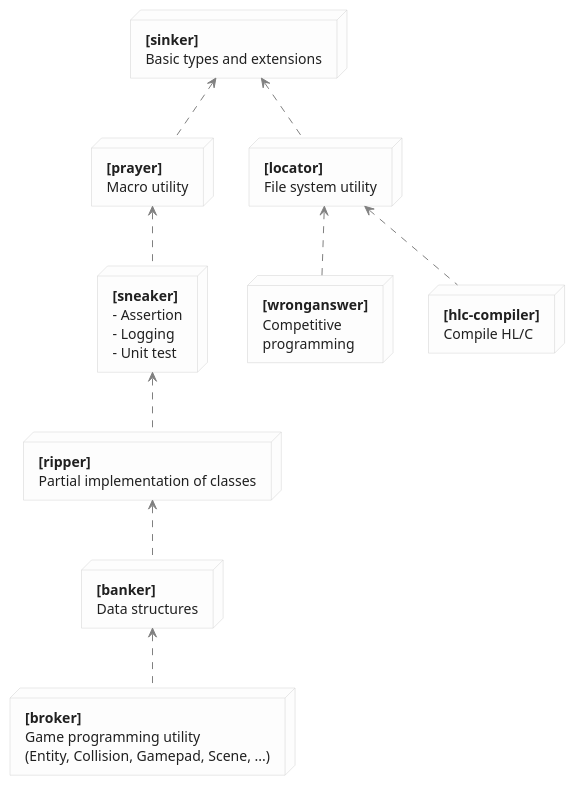
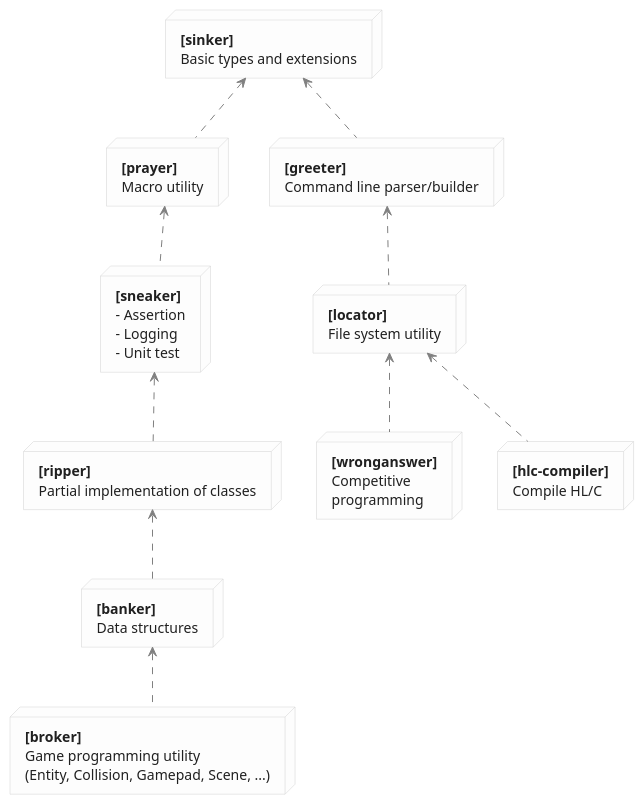
Before and after one commit to fal-works/fal-haxe-libraries: the diagram in diagram.puml, drawn with PlantUML. The commit also changed 2 other files, not shown here.

Commit message:
add greeter

```diff
--- a/diagram.puml
+++ b/diagram.puml
@@ -1,80 +1,86 @@
 @startuml diagram
 
 ' ---- (style) --------------------------------
 
 skinparam shadowing false
 skinparam backgroundColor White
 skinparam node {
   BackgroundColor #FDFDFD
   BorderColor #D0D0D0
   FontColor #202020
 }
 skinparam ArrowColor #808080
 skinparam note {
   BackgroundColor White
   FontColor #606060
   BorderColor #C0C0C0
 }
 
 ' ---- (diagram) ------------------------------
 
 node sinker [
   **[sinker]**
   Basic types and extensions
 ]
 
 node prayer [
   **[prayer]**
   Macro utility
 ]
 
 node sneaker [
   **[sneaker]**
   - Assertion
   - Logging
   - Unit test
 ]
 
 node ripper [
   **[ripper]**
   Partial implementation of classes
 ]
 
 node banker [
   **[banker]**
   Data structures
 ]
 
 node broker [
   **[broker]**
   Game programming utility
   (Entity, Collision, Gamepad, Scene, ...)
 ]
 
+node greeter [
+  **[greeter]**
+  Command line parser/builder
+]
+
 node locator [
   **[locator]**
   File system utility
 ]
 
 node wronganswer [
   **[wronganswer]**
   Competitive
   programming
 ]
 
 node hlc_compiler [
   **[hlc-compiler]**
   Compile HL/C
 ]
 
 sinker <.. prayer
 prayer <.. sneaker
 sneaker <.. ripper
 ripper <.. banker
 banker <.. broker
 
-sinker <.. locator
+sinker <.. greeter
+greeter <.. locator
 locator <.. wronganswer
 locator <.. hlc_compiler
 
 @enduml
```
